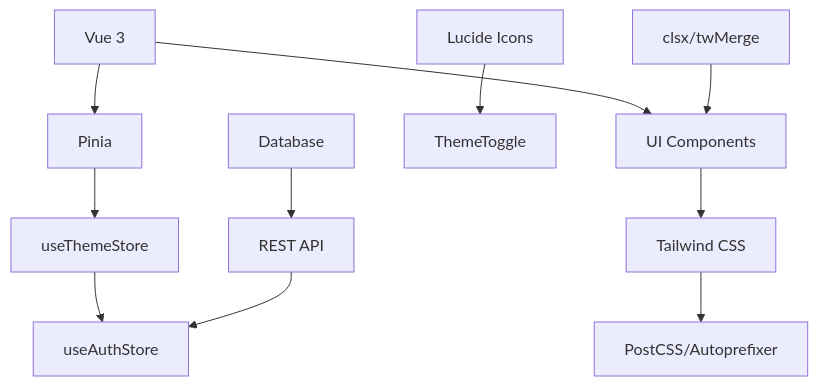
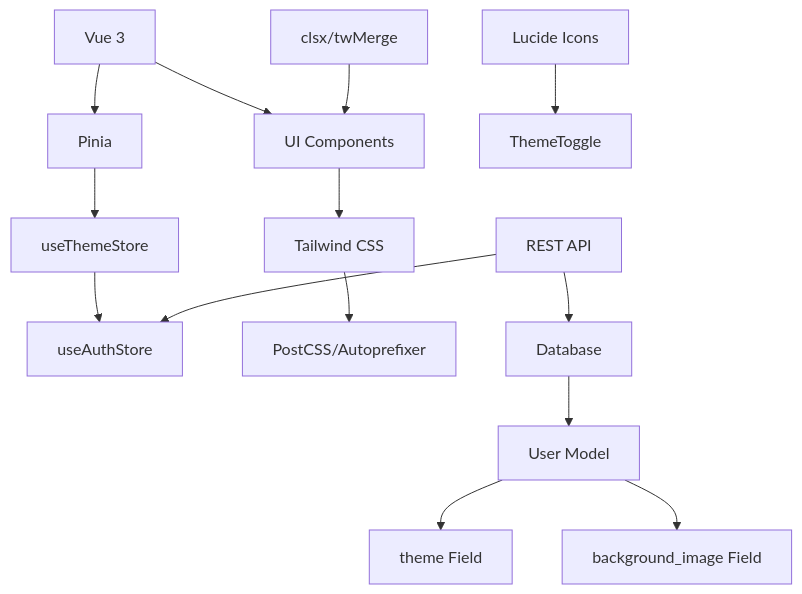
One commit to Nikita5543/New-SSO-02 changed the eighth of 8 diagrams in .qoder/repowiki/en/content/Frontend Architecture/Theming and Customization.md. Above: the diagram before and after it, drawn with Mermaid. The commit also changed other lines of this file and 3 other files, not shown here.

First line of the commit message:
feat(user): add unified profile update with theme and background support

````diff
--- a/.qoder/repowiki/en/content/Frontend Architecture/Theming and Customization.md
+++ b/.qoder/repowiki/en/content/Frontend Architecture/Theming and Customization.md
@@ -446,13 +482,16 @@
 ```mermaid
 graph TB
 Vue["Vue 3"] --> Pinia["Pinia"]
 Pinia --> TS["useThemeStore"]
 TS --> AUTH["useAuthStore"]
 Vue --> Components["UI Components"]
 Components --> TW["Tailwind CSS"]
 TW --> PostCSS["PostCSS/Autoprefixer"]
 Icons["Lucide Icons"] --> TT["ThemeToggle"]
 Utils["clsx/twMerge"] --> Components
 API["REST API"] --> AUTH
-DB["Database"] --> API
+API --> DB["Database"]
+DB --> UserModel["User Model"]
+UserModel --> ThemeField["theme Field"]
+UserModel --> BackgroundField["background_image Field"]
 ```
````
